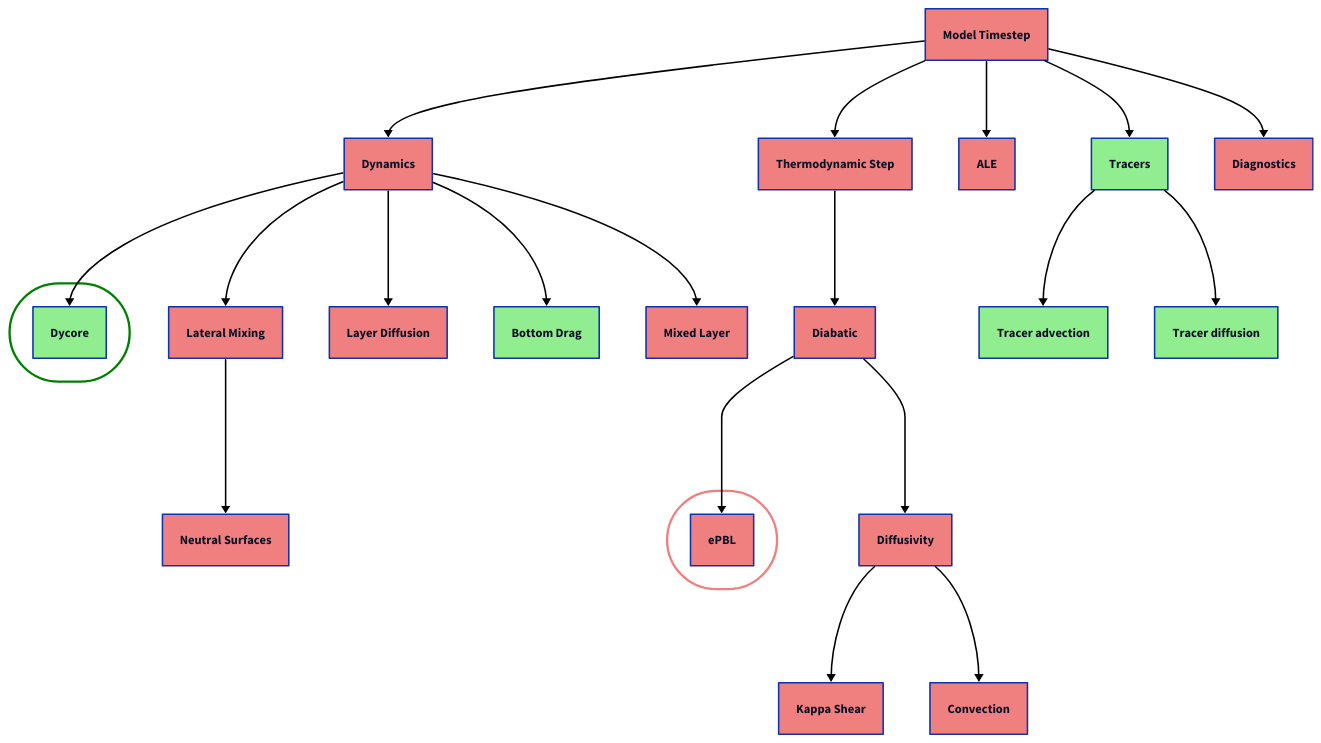
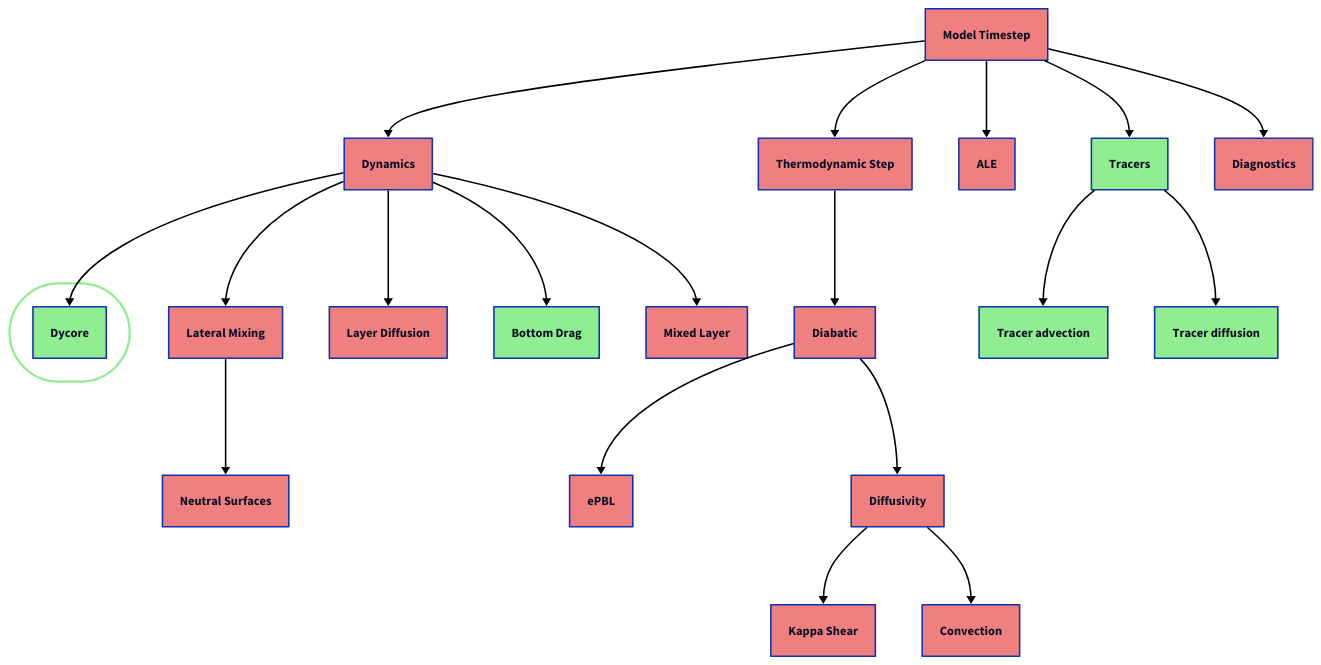
The diagram in d2/mom6code.d2 (marshallward/nrl2026), drawn with D2 before and after one commit. The commit also changed 3 other files, not shown here.

```diff
--- a/d2/mom6code.d2
+++ b/d2/mom6code.d2
@@ -1,194 +1,186 @@
 style.fill: transparent
 
 step_mom: {
     label: Model Timestep
     style.fill: lightcoral
 }
 
 step_mom -> step_mom_dynamics {
     style.stroke: black
 }
 step_mom -> step_mom_thermo {
     style.stroke: black
 }
 step_mom -> ale_regridding_and_remapping {
     style.stroke: black
 }
 step_mom -> step_mom_tracer_dyn {
     style.stroke: black
 }
 step_mom -> calculate_diagnostic_fields {
     style.stroke: black
 }
 
 # Dynamics
 
 step_mom_dynamics: {
     label: Dynamics
     style.fill: lightcoral
 }
 
 step_mom_dynamics -> dycore.step_mom_dyn_split_RK2 {
     style.stroke: black
 }
 step_mom_dynamics -> calc_slope_functions {
     style.stroke: black
 }
 step_mom_dynamics -> thickness_diffuse {
     style.stroke: black
 }
 step_mom_dynamics -> set_viscous_BBL {
     style.stroke: black
 }
 step_mom_dynamics -> mixedlayer_restrat {
     style.stroke: black
 }
 
 
 # Dycore
 
 dycore: {
   label: ""
   style.fill: transparent
-  style.stroke: green
+  style.stroke: lightgreen
   style.stroke-width: 3
   style.border-radius: 999
 
   step_mom_dyn_split_RK2: {
       label: Dycore
       style.fill: lightgreen
   }
 }
 
 
 # Lateral mixing coefficients
 
 calc_slope_functions: {
     label: Lateral Mixing
     style.fill: lightcoral
 }
 
 thickness_diffuse: {
     label: Layer Diffusion
     style.fill: lightcoral
 }
 
 set_viscous_BBL: {
     label: Bottom Drag
     style.fill: lightgreen
 }
 
 mixedlayer_restrat: {
     label: Mixed Layer
     style.fill: lightcoral
 }
 
 
 calc_slope_functions -> calc_isoneutral_slopes {
     style.stroke: black
 }
 #calc_slope_functions -> valc_visbeck_coeffs_old
 
 calc_isoneutral_slopes: {
     label: Neutral Surfaces
     style.fill: lightcoral
 }
 
 
 # Thermo
 
 step_mom_thermo: {
     label: Thermodynamic Step
     style.fill: lightcoral
 }
 
 step_mom_thermo -> diabatic {
     style.stroke: black
 }
-diabatic -> epbl.energetic_pbl {
+diabatic -> energetic_pbl {
     style.stroke: black
 }
 diabatic -> set_diffusivity {
     style.stroke: black
 }
 #diabatic -> applyboundaryfluxesinout
 
 diabatic: {
     label: Diabatic
     style.fill: lightcoral
 }
 
-epbl: {
-  label: ""
-  style.fill: transparent
-  style.stroke: lightcoral
-  style.stroke-width: 3
-  style.border-radius: 999
-
-  energetic_pbl: {
-      label: ePBL
-      style.fill: lightcoral
-  }
+energetic_pbl: {
+    label: ePBL
+    style.fill: lightcoral
 }
 
 set_diffusivity: {
     label: Diffusivity
     style.fill: lightcoral
 }
 
 set_diffusivity -> kappa_shear_vertex {
     style.stroke: black
 }
 set_diffusivity -> full_convection {
     style.stroke: black
 }
 
 kappa_shear_vertex: {
     label: Kappa Shear
     style.fill: lightcoral
 }
 
 full_convection: {
     label: Convection
     style.fill: lightcoral
 }
 
 
 # ALE
 
 ale_regridding_and_remapping: {
     label: ALE
     style.fill: lightcoral
 }
 
 # Tracers
 
 step_mom_tracer_dyn: {
     label: Tracers
     style.fill: lightgreen
 }
 
 step_mom_tracer_dyn -> tracer_advect {
     style.stroke: black
 }
 step_mom_tracer_dyn -> tracer_hordiff {
     style.stroke: black
 }
 #step_mom_tracer_dyn -> tracer_vertdiff
 
 tracer_advect: {
     label: Tracer advection
     style.fill: lightgreen
 }
 
 tracer_hordiff: {
     label: Tracer diffusion
     style.fill: lightgreen
 }
 
 # Diagnostics
 
 calculate_diagnostic_fields: {
     label: Diagnostics
     style.fill: lightcoral
 }
```
